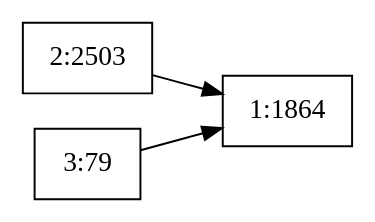
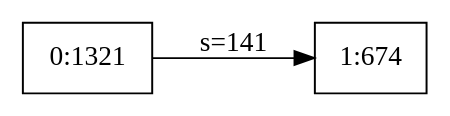
One commit to agongdai/peta changed the diagram in graph/rm_after_update_1.dot. Above: the diagram before and after it, drawn with Graphviz. The commit also changed 17 other files, not shown here.

```diff
--- a/graph/rm_after_update_1.dot
+++ b/graph/rm_after_update_1.dot
@@ -1,8 +1,6 @@
 digraph g { 
 	rankdir = LR 
-	1 [shape=box, label="1:1864"] 
-	2 [shape=box, label="2:2503"] 
-	2 -> 1
-	3 [shape=box, label="3:79"] 
-	3 -> 1
+	0 [shape=box, label="0:1321"] 
+	0 -> 1 [label="s=141"] 
+	1 [shape=box, label="1:674"] 
 } 
```
